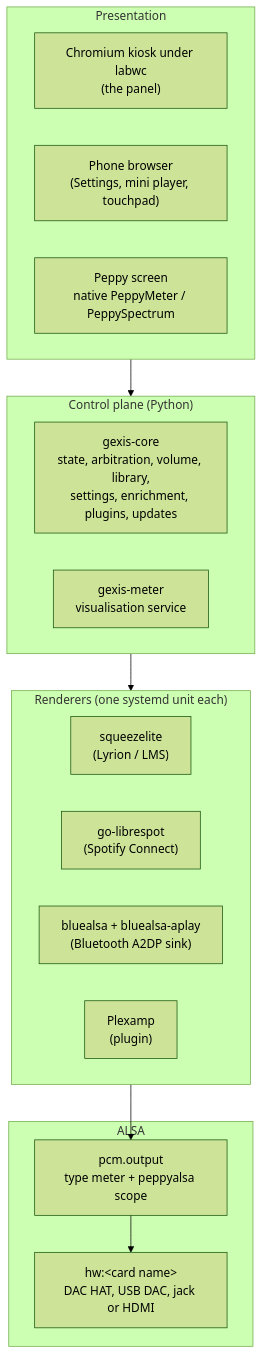
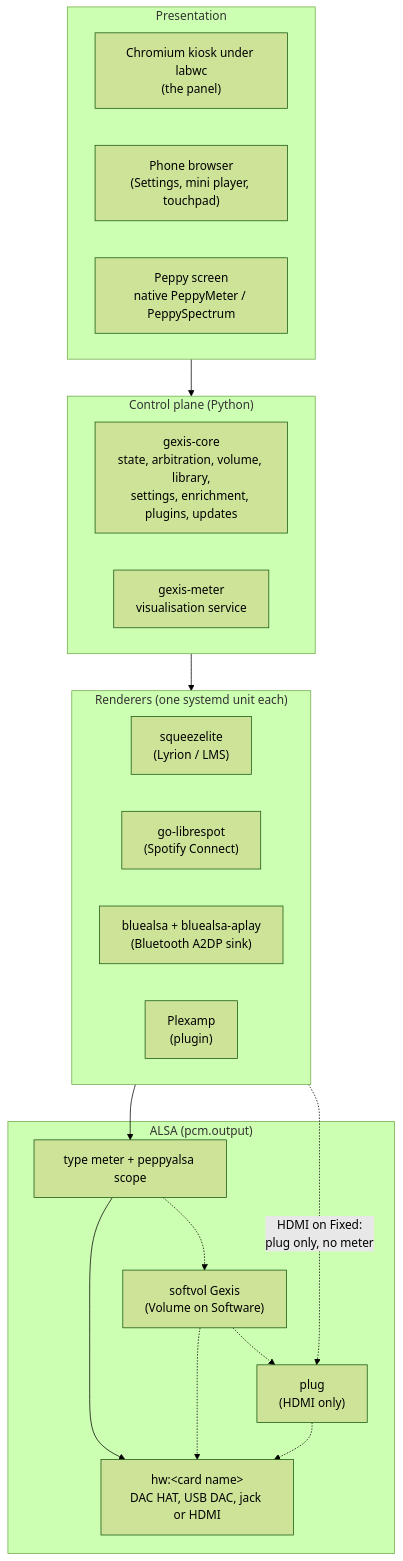
The first of 3 diagrams in docs/tech/00-overview.md (gcarstoiu/gexis-player), drawn with Mermaid (forest theme) before and after one commit. The commit also changed other lines of this file and 5 other files, not shown here.

````diff
--- a/docs/tech/00-overview.md
+++ b/docs/tech/00-overview.md
@@ -46,25 +46,30 @@
 ```mermaid
 flowchart TB
     subgraph Presentation
         kiosk["Chromium kiosk under labwc<br/>(the panel)"]
         phone["Phone browser<br/>(Settings, mini player, touchpad)"]
         peppy["Peppy screen<br/>native PeppyMeter / PeppySpectrum"]
     end
     subgraph Control["Control plane (Python)"]
         core["gexis-core<br/>state, arbitration, volume, library,<br/>settings, enrichment, plugins, updates"]
         meter["gexis-meter<br/>visualisation service"]
     end
     subgraph Renderers["Renderers (one systemd unit each)"]
         sq["squeezelite<br/>(Lyrion / LMS)"]
         lib["go-librespot<br/>(Spotify Connect)"]
         bt["bluealsa + bluealsa-aplay<br/>(Bluetooth A2DP sink)"]
         px["Plexamp<br/>(plugin)"]
     end
-    subgraph Audio["ALSA"]
-        out["pcm.output<br/>type meter + peppyalsa scope"]
+    subgraph Audio["ALSA (pcm.output)"]
+        out["type meter + peppyalsa scope"]
+        sv["softvol Gexis<br/>(Volume on Software)"]
+        pl["plug<br/>(HDMI only)"]
         hw["hw:&lt;card name&gt;<br/>DAC HAT, USB DAC, jack or HDMI"]
     end
     Presentation --> Control
     Control --> Renderers
     Renderers --> out --> hw
+    out -.-> sv -.-> hw
+    sv -.-> pl -.-> hw
+    Renderers -. "HDMI on Fixed:<br/>plug only, no meter" .-> pl
 ```
````
